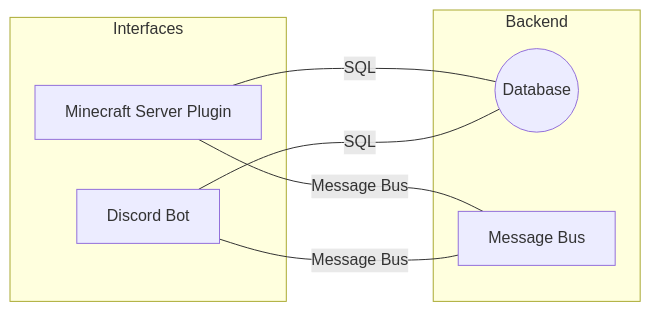
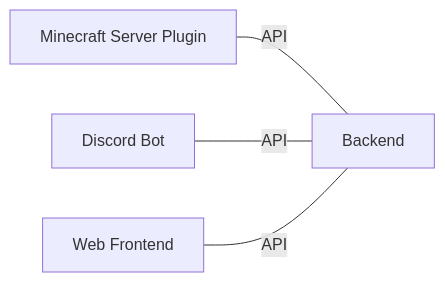
The diagram in docs/Architecture.md (samuelh2005/OmniLink), drawn with Mermaid before and after one commit. The commit also changed 2 other files, not shown here.

Commit message:
refactor: introduce a backend service, rename integrations to interfaces

````diff
--- a/docs/Architecture.md
+++ b/docs/Architecture.md
@@ -5,17 +5,12 @@
 ```mermaid
 flowchart LR
-    subgraph Backend
-        B((Database))
-        A[Message Bus]
-    end
+    A[Backend]
 
-    subgraph Interfaces
-        C[Minecraft Server Plugin]
-        D[Discord Bot]
+    B[Minecraft Server Plugin]
+    C[Discord Bot]
+    D[Web Frontend]
 
-        C ---|SQL| B
-        C ---|Message Bus| A
-        D ---|SQL| B
-        D ---|Message Bus| A
-    end
+    B ---|API| A
+    C ---|API| A
+    D ---|API| A
 ```
````
